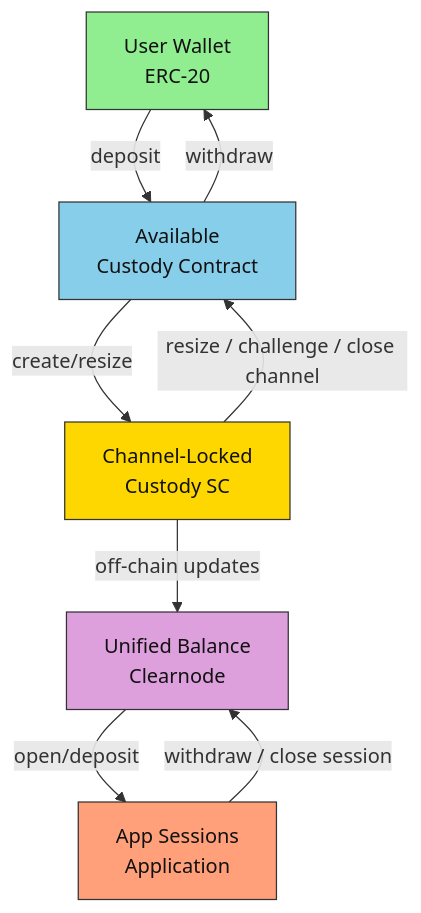
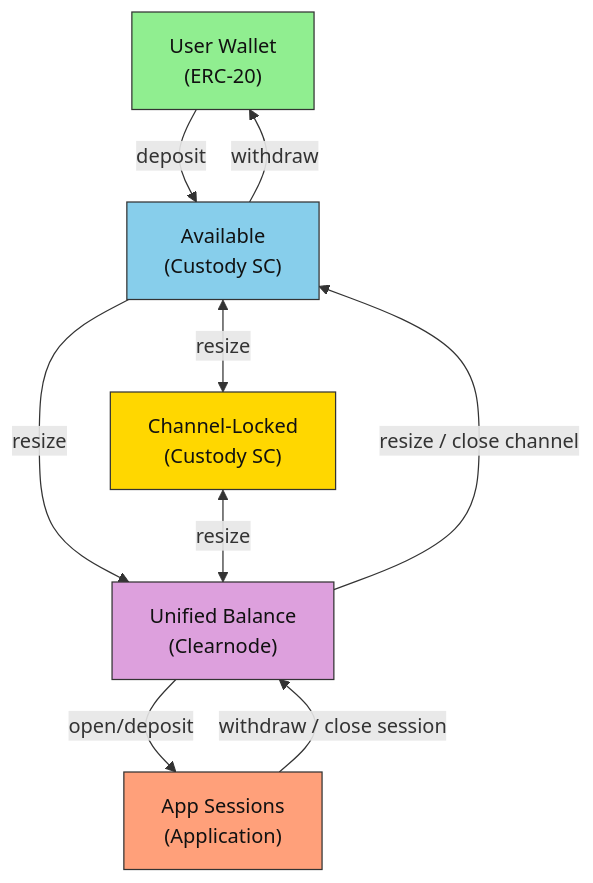
Before and after one commit to layer-3/docs: the fourth of 4 diagrams in docs/protocol/architecture.mdx, drawn with Mermaid. The commit also changed other lines of this file and 4 other files, not shown here.

````diff
--- a/docs/protocol/architecture.mdx
+++ b/docs/protocol/architecture.mdx
@@ -154,16 +154,18 @@
 ```mermaid
 graph TB
-    A[User Wallet<br/>ERC-20] -->|deposit| B[Available<br/>Custody Contract]
-    B -->|create/resize| C[Channel-Locked<br/>Custody SC]
-    C -->|off-chain updates| D[Unified Balance<br/>Clearnode]
-    D -->|open/deposit| E[App Sessions<br/>Application]
+    A["User Wallet<br/>(ERC-20)"] -->|deposit| B["Available<br/>(Custody SC)"]    
+    B -->|resize| D["Unified Balance<br/>(Clearnode)"]
+    B <-->|resize| C["Channel-Locked<br/>(Custody SC)"]
+    C <-->|resize| D
+    D -->|open/deposit| E["App Sessions<br/>(Application)"]
     E -->|withdraw / close session| D
-    C -->|resize / challenge / close channel| B
+    D -->|resize / close channel| B
     B -->|withdraw| A
     
     style A fill:#90EE90,stroke:#333,color:#111
     style B fill:#87CEEB,stroke:#333,color:#111
     style C fill:#FFD700,stroke:#333,color:#111
     style D fill:#DDA0DD,stroke:#333,color:#111
     style E fill:#FFA07A,stroke:#333,color:#111
+
 ```
````
